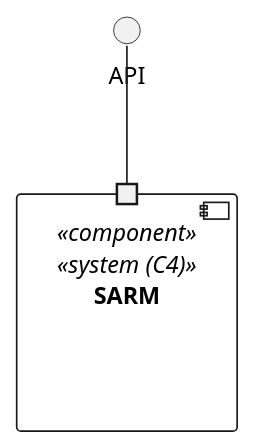
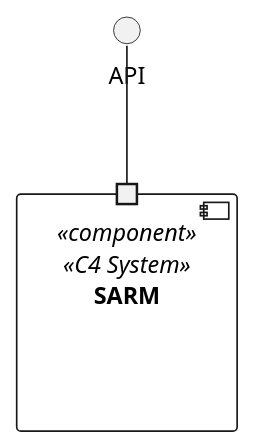
Before and after one commit to 1220846/sem5pi-24-25-3ddg20: the diagram in docs/views/level1/logic-view.puml, drawn with PlantUML. The commit also changed 1 other file, not shown here.

```diff
--- a/docs/views/level1/logic-view.puml
+++ b/docs/views/level1/logic-view.puml
@@ -1,13 +1,13 @@
 @startuml logic-view
 top to bottom direction
 
 interface "API" as API
 
-component "SARM" <<component>> <<system (C4)>> {
+component "SARM" <<component>> <<C4 System>> {
     portin " " as PI
     
 }
 
 API -- PI
 
 @enduml
```
